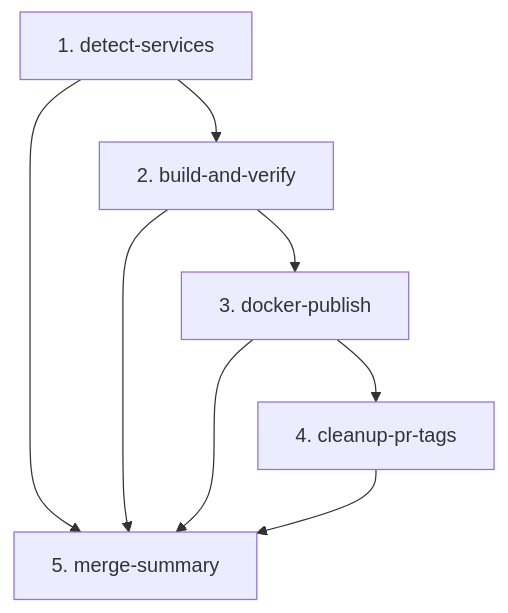
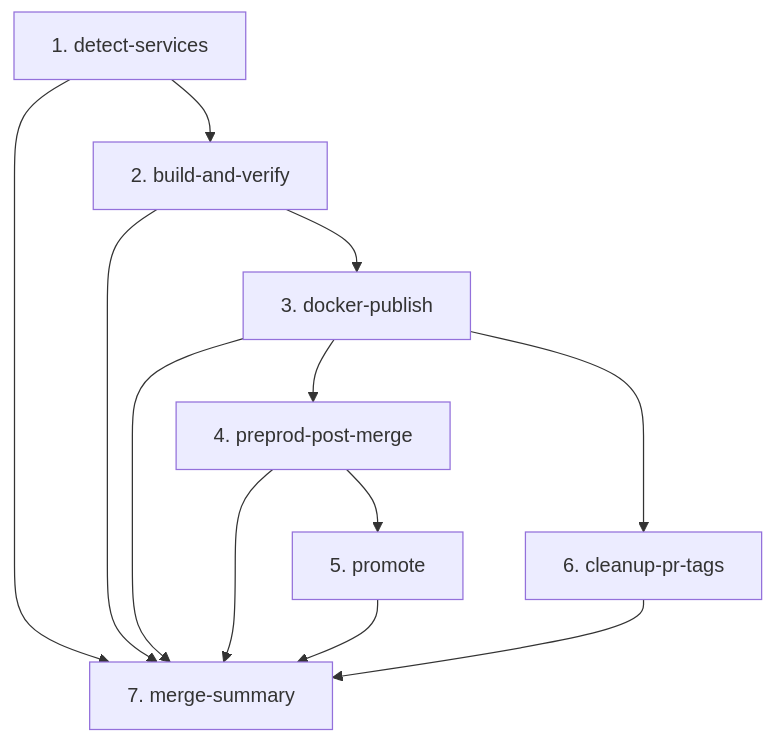
Before and after one commit to tsorren/DonaTrack-TP-DDS: the second of 2 diagrams in docs/cicd/DonaTrack-CICD.md, drawn with Mermaid. The commit also changed other lines of this file and 33 other files, not shown here.

````diff
--- a/docs/cicd/DonaTrack-CICD.md
+++ b/docs/cicd/DonaTrack-CICD.md
@@ -83,10 +88,14 @@
 ```mermaid
 graph TD
   detect-services[1. detect-services] --> build-and-verify[2. build-and-verify]
   build-and-verify --> docker-publish[3. docker-publish]
-  docker-publish --> cleanup-pr-tags[4. cleanup-pr-tags]
-  detect-services --> merge-summary[5. merge-summary]
+  docker-publish --> preprod-post-merge[4. preprod-post-merge]
+  preprod-post-merge --> promote[5. promote]
+  docker-publish --> cleanup-pr-tags[6. cleanup-pr-tags]
+  detect-services --> merge-summary[7. merge-summary]
   build-and-verify --> merge-summary
   docker-publish --> merge-summary
+  preprod-post-merge --> merge-summary
+  promote --> merge-summary
   cleanup-pr-tags --> merge-summary
 ```
````
